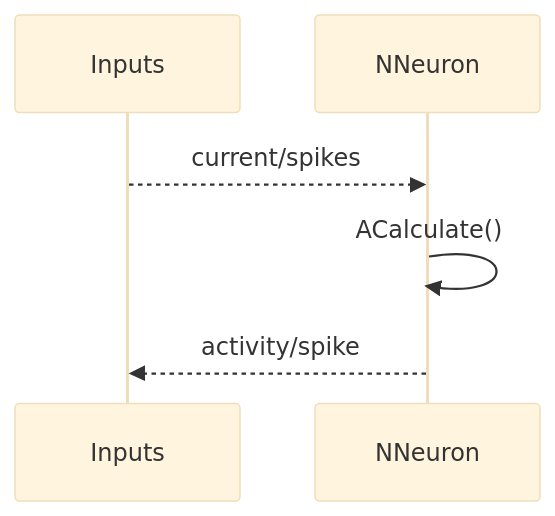
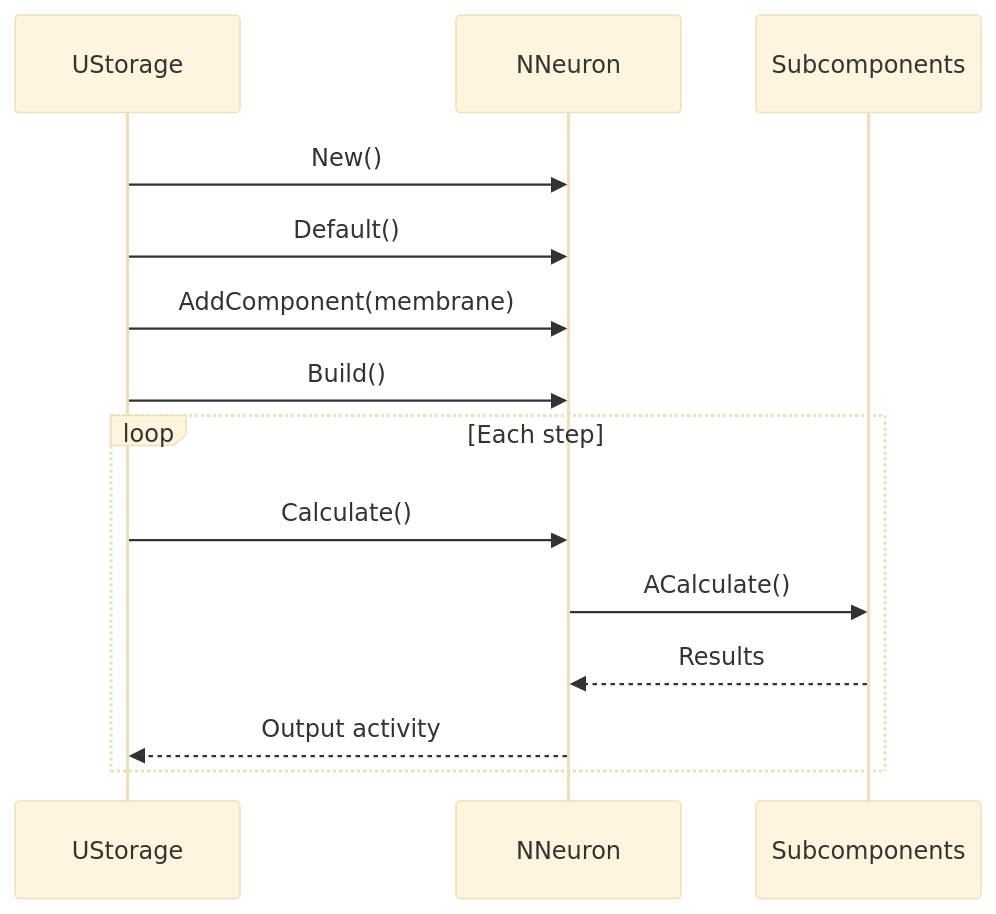
One commit to aicommunity/Nmsdk-PulseLib changed the seventh of 10 diagrams in Docs/Components/NNeuron.md. Above: the diagram before and after it, drawn with Mermaid (base theme). The commit also changed other lines of this file and 196 other files, not shown here.

````diff
--- a/Docs/Components/NNeuron.md
+++ b/Docs/Components/NNeuron.md
@@ -24,8 +210,17 @@
 ```mermaid
 sequenceDiagram
-    participant In as Inputs
-    participant N as NNeuron
-    In-->>N: current/spikes
-    N->>N: ACalculate()
-    N-->>In: activity/spike
+    participant Storage as UStorage
+    participant Neuron as NNeuron
+    participant SubComp as Subcomponents
+    
+    Storage->>Neuron: New()
+    Storage->>Neuron: Default()
+    Storage->>Neuron: AddComponent(membrane)
+    Storage->>Neuron: Build()
+    loop Each step
+        Storage->>Neuron: Calculate()
+        Neuron->>SubComp: ACalculate()
+        SubComp-->>Neuron: Results
+        Neuron-->>Storage: Output activity
+    end
 ```
````
